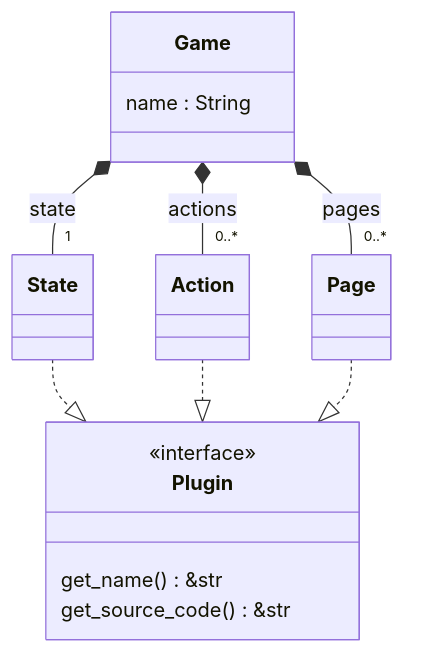
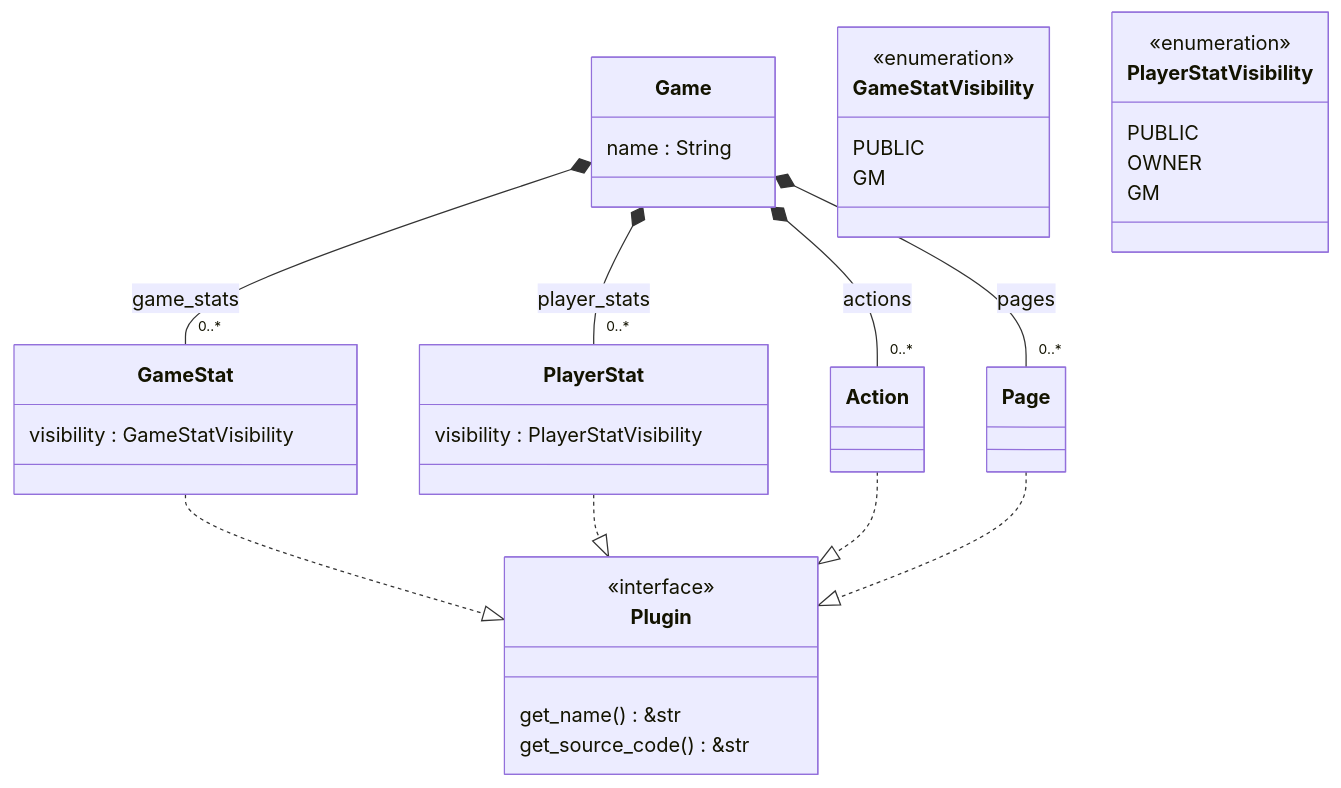
One commit to jakob-rzeppa/turnkeeper changed the diagram in docs/backend/games/the_game.md. Above: the diagram before and after it, drawn with Mermaid. The commit also changed 41 other files, not shown here.

````diff
--- a/docs/backend/games/the_game.md
+++ b/docs/backend/games/the_game.md
@@ -7,26 +7,44 @@
 ```mermaid
 classDiagram
     class Game {
         name : String
     }
 
     class Plugin <<interface>> {
         get_name() &str
         get_source_code() &str
     }
 
-    class State {
+    class GameStat {
+        visibility : GameStatVisibility
     }
-    Game *-- "1" State : state
-    State ..|> Plugin
+    Game *-- "0..*" GameStat : game_stats
+    GameStat ..|> Plugin
+
+    class GameStatVisibility <<enumeration>> {
+        PUBLIC
+        GM
+    }
+
+    class PlayerStat {
+        visibility : PlayerStatVisibility
+    }
+    Game *-- "0..*" PlayerStat : player_stats
+    PlayerStat ..|> Plugin
+
+    class PlayerStatVisibility <<enumeration>> {
+        PUBLIC
+        OWNER
+        GM
+    }
 
     class Action {
     }
     Game *-- "0..*" Action : actions
     Action ..|> Plugin
 
     class Page {
     }
     Game *-- "0..*" Page : pages
     Page ..|> Plugin
 ```
````
